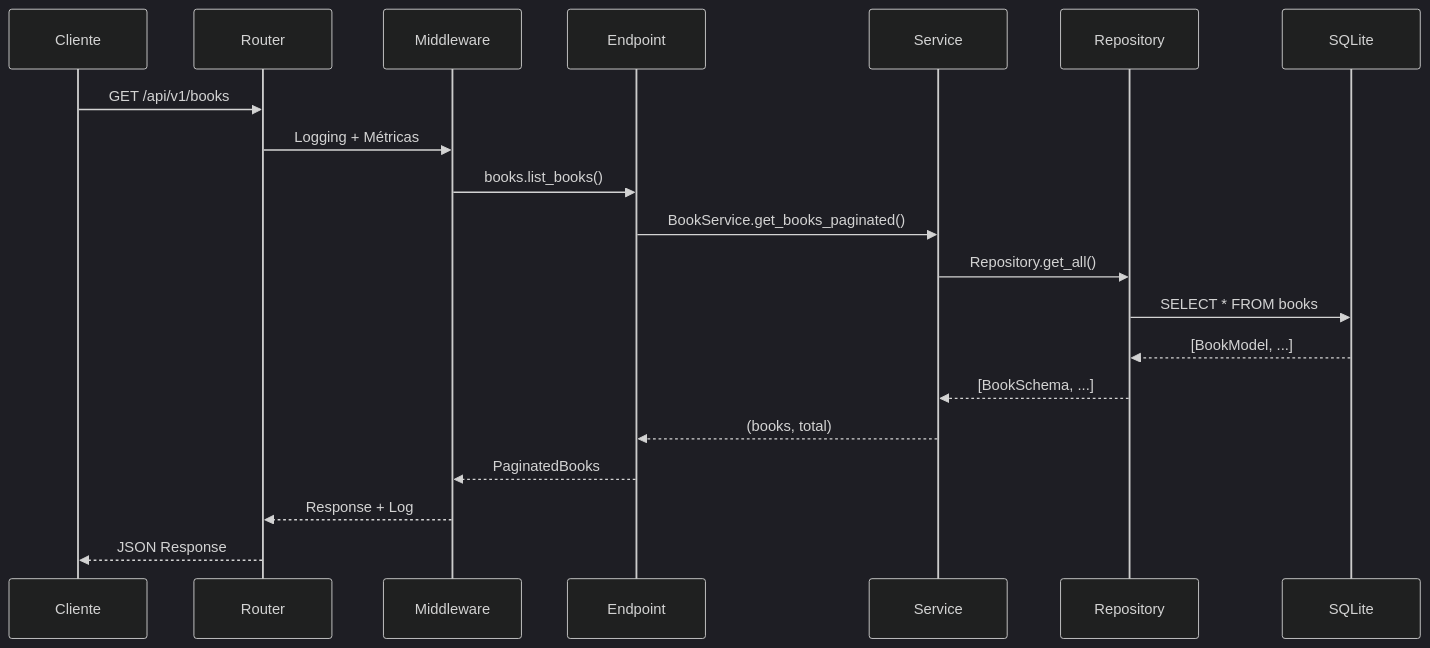
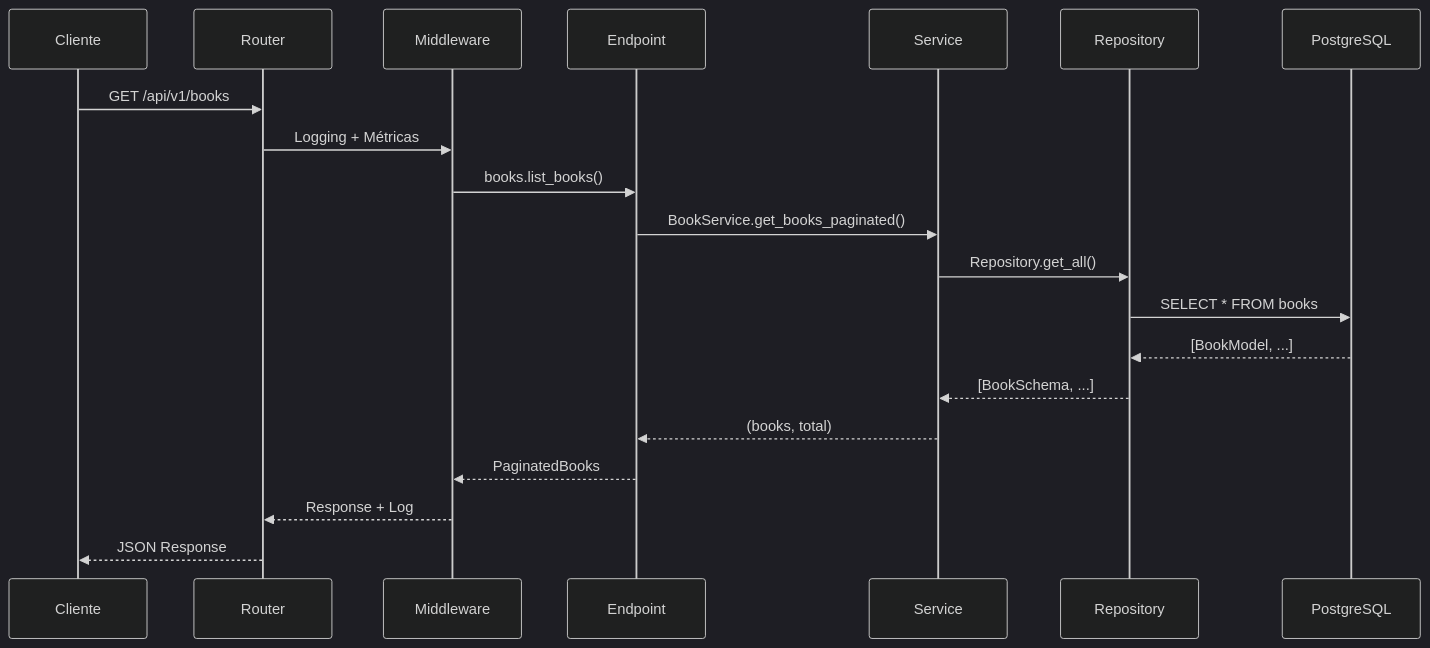
The second of 2 diagrams in README.md (julianomont/8MLET-F1), drawn with Mermaid (dark theme) before and after one commit. The commit also changed other lines of this file and 4 other files, not shown here.

Commit message:
feat: Migrate to PostgreSQL, add GCP Cloud Run deployment instructions, and update the default JWT secret key.

````diff
--- a/README.md
+++ b/README.md
@@ -163,23 +163,23 @@
 ```mermaid
 sequenceDiagram
     participant C as Cliente
     participant R as Router
     participant M as Middleware
     participant E as Endpoint
     participant S as Service
     participant D as Repository
-    participant DB as SQLite
+    participant DB as PostgreSQL
 
     C->>R: GET /api/v1/books
     R->>M: Logging + Métricas
     M->>E: books.list_books()
     E->>S: BookService.get_books_paginated()
     S->>D: Repository.get_all()
     D->>DB: SELECT * FROM books
     DB-->>D: [BookModel, ...]
     D-->>S: [BookSchema, ...]
     S-->>E: (books, total)
     E-->>M: PaginatedBooks
     M-->>R: Response + Log
     R-->>C: JSON Response
 ```
````
